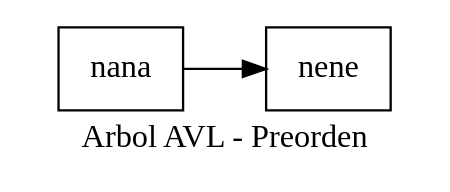
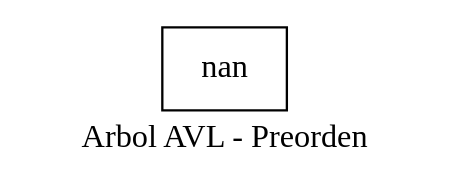
The diagram in EDD_Proyecto2/ArchivosDot/ArbolPreorden.dot (hr9457/EDD_1S2020_PY2_201314296), drawn with Graphviz before and after one commit. The commit also changed 16 other files, not shown here.

```diff
--- a/EDD_Proyecto2/ArchivosDot/ArbolPreorden.dot
+++ b/EDD_Proyecto2/ArchivosDot/ArbolPreorden.dot
@@ -1,8 +1,7 @@
 digraph arbolpreorden {
 node [shape = record];
 rankdir=LR;
-nodo0[label="nana"];
-nodo1[label="nene"];
-nodo0->nodo1;
+nodo0[label="nan"];
+nodo0;
 label = "Arbol AVL - Preorden "
 }
```
